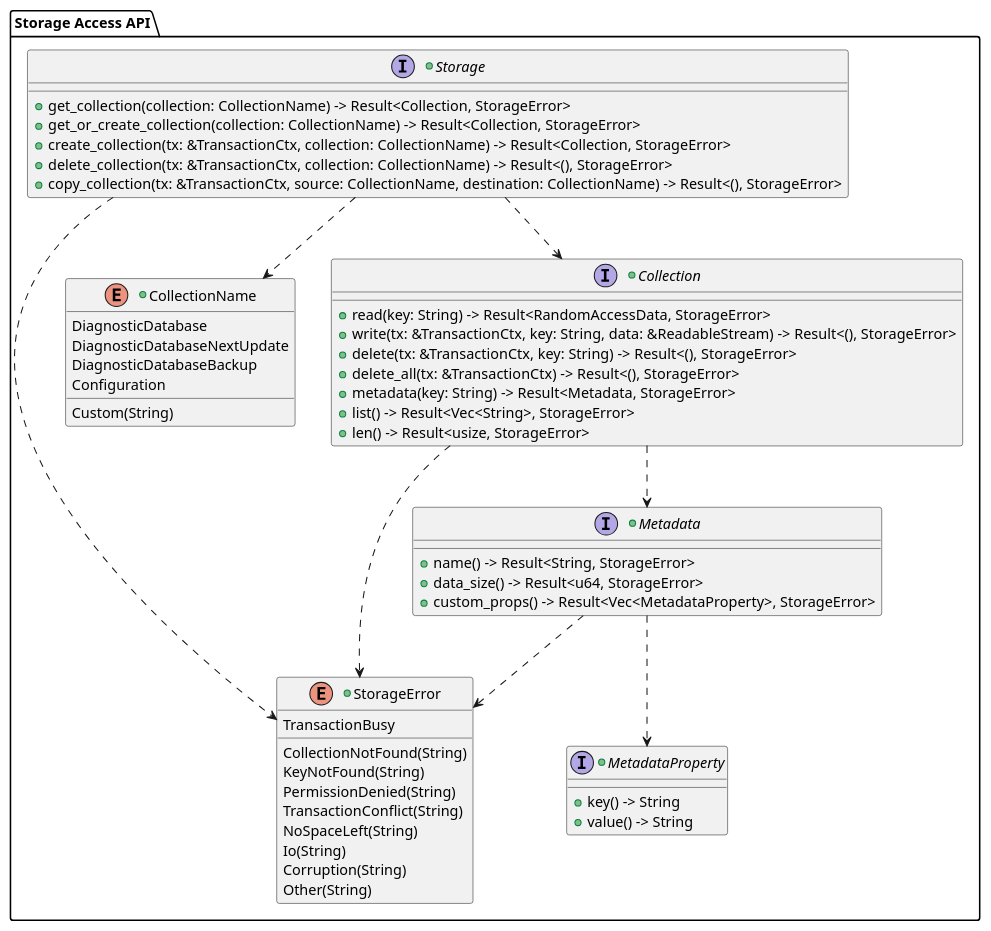
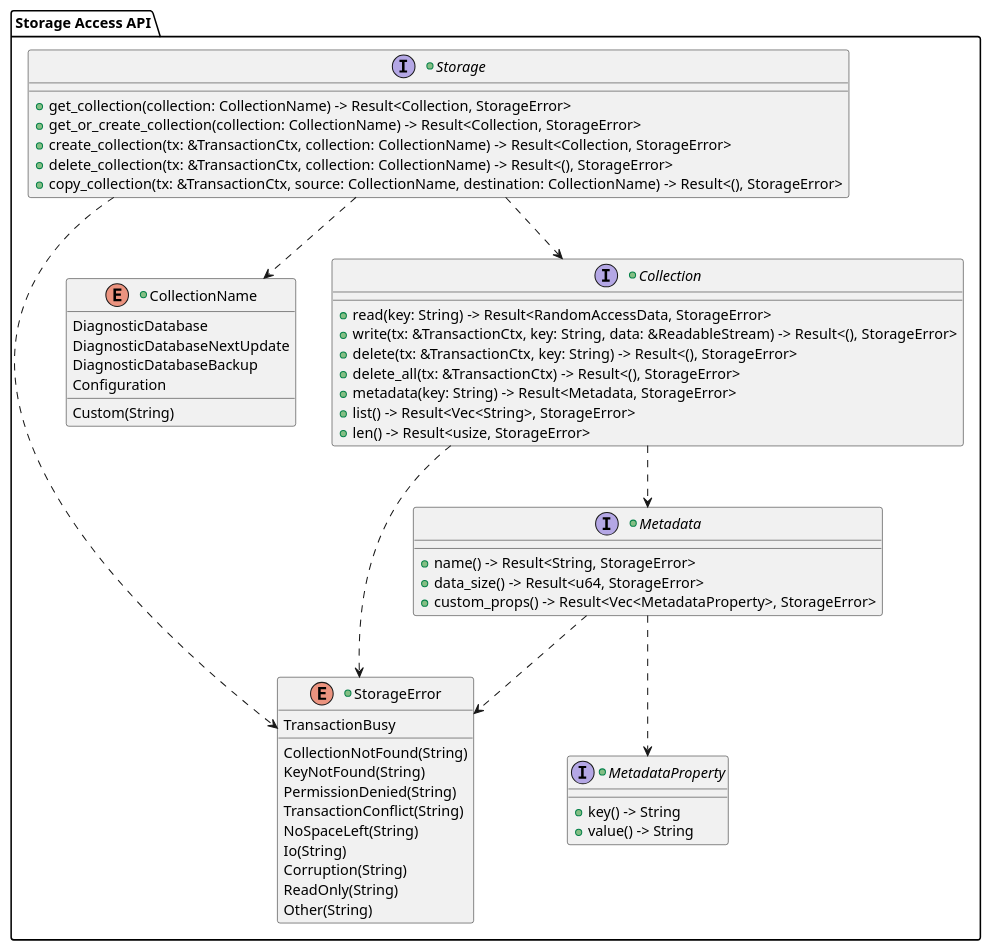
One commit to eclipse-opensovd/classic-diagnostic-adapter changed the first of 3 diagrams in docs/03_architecture/01_general.rst. Above: the diagram before and after it, drawn with PlantUML. The commit also changed 14 other files, not shown here.

First line of the commit message:
feat(storage): Support read-only storage

```diff
--- a/docs/03_architecture/01_general.rst
+++ b/docs/03_architecture/01_general.rst
@@ -32,62 +32,63 @@
     .. uml::
 
         @startuml
         package "Storage Access API" {
             +enum StorageError {
                 CollectionNotFound(String)
                 KeyNotFound(String)
                 PermissionDenied(String)
                 TransactionBusy
                 TransactionConflict(String)
                 NoSpaceLeft(String)
                 Io(String)
                 Corruption(String)
+                ReadOnly(String)
                 Other(String)
             }
 
             +enum CollectionName {
                 DiagnosticDatabase
                 DiagnosticDatabaseNextUpdate
                 DiagnosticDatabaseBackup
                 Configuration
                 Custom(String)
             }
 
             +interface Storage {
                 +get_collection(collection: CollectionName) -> Result<Collection, StorageError>
                 +get_or_create_collection(collection: CollectionName) -> Result<Collection, StorageError>
                 +create_collection(tx: &TransactionCtx, collection: CollectionName) -> Result<Collection, StorageError>
                 +delete_collection(tx: &TransactionCtx, collection: CollectionName) -> Result<(), StorageError>
                 +copy_collection(tx: &TransactionCtx, source: CollectionName, destination: CollectionName) -> Result<(), StorageError>
             }
 
             +interface Collection {
                 +read(key: String) -> Result<RandomAccessData, StorageError>
                 +write(tx: &TransactionCtx, key: String, data: &ReadableStream) -> Result<(), StorageError>
                 +delete(tx: &TransactionCtx, key: String) -> Result<(), StorageError>
                 +delete_all(tx: &TransactionCtx) -> Result<(), StorageError>
                 +metadata(key: String) -> Result<Metadata, StorageError>
                 +list() -> Result<Vec<String>, StorageError>
                 +len() -> Result<usize, StorageError>
             }
 
             +interface Metadata {
                 +name() -> Result<String, StorageError>
                 +data_size() -> Result<u64, StorageError>
                 +custom_props() -> Result<Vec<MetadataProperty>, StorageError>
             }
 
             +interface MetadataProperty {
                 +key() -> String
                 +value() -> String
             }
 
             Storage ..> Collection
             Storage ..> CollectionName
             Collection ..> StorageError
             Collection ..> Metadata
             Storage ..> StorageError
             Metadata ..> StorageError
             Metadata ..> MetadataProperty
         }
         @enduml
```
